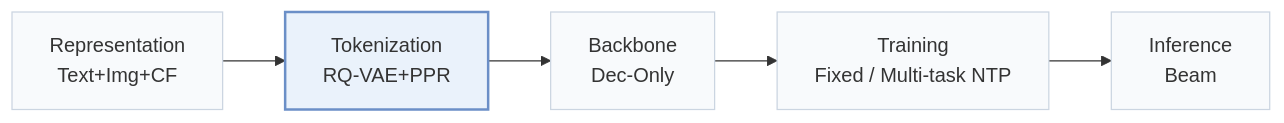
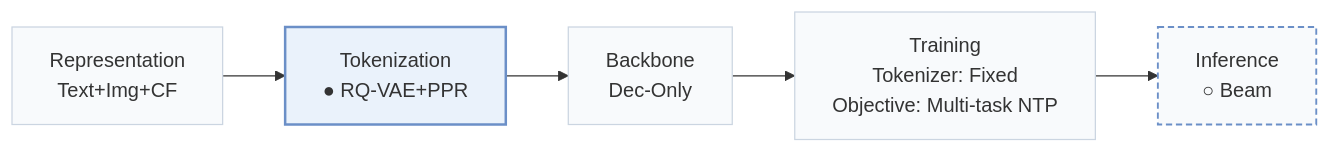
The first of 2 diagrams in pages/papers/snaplgr.md (Galaxy-ghost/Awesome-SID-Generative-Rec), drawn with Mermaid before and after one commit. The commit also changed other lines of this file and 558 other files, not shown here.

````diff
--- a/pages/papers/snaplgr.md
+++ b/pages/papers/snaplgr.md
@@ -15,8 +18,10 @@
 ```mermaid
 flowchart LR
-    R["Representation<br/>Text+Img+CF"] --> T["Tokenization<br/>RQ-VAE+PPR"] --> B["Backbone<br/>Dec-Only"] --> TR["Training<br/>Fixed / Multi-task NTP"] --> I["Inference<br/>Beam"]
+    R["Representation<br/>Text+Img+CF"] --> T["Tokenization<br/>● RQ-VAE+PPR"] --> B["Backbone<br/>Dec-Only"] --> TR["Training<br/>Tokenizer: Fixed<br/>Objective: Multi-task NTP"] --> I["Inference<br/>○ Beam"]
     classDef base fill:#f8fafc,stroke:#cbd5e1
     class R,T,B,TR,I base
+    classDef other fill:#f8fafc,stroke:#6b8fc7,stroke-width:1.5px,stroke-dasharray:5 3
+    class I other
     classDef main fill:#eaf2fb,stroke:#6b8fc7,stroke-width:2px
     class T main
 ```
````
